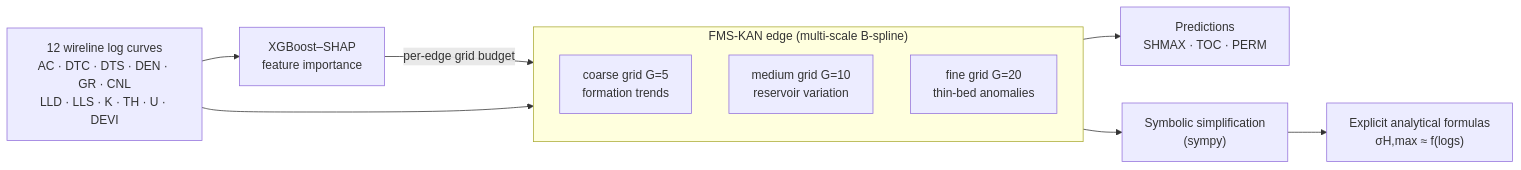
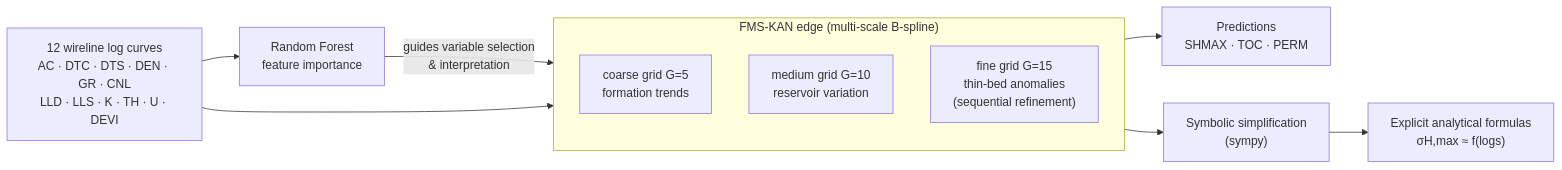
One commit to YonganZhang/FMS-KAN-well-logging changed the diagram in README.md. Above: the diagram before and after it, drawn with Mermaid. The commit also changed other lines of this file and 3 other files, not shown here.

````diff
--- a/README.md
+++ b/README.md
@@ -18,17 +18,17 @@
 ```mermaid
 flowchart LR
-    A["12 wireline log curves<br/>AC · DTC · DTS · DEN · GR · CNL<br/>LLD · LLS · K · TH · U · DEVI"] --> B["XGBoost–SHAP<br/>feature importance"]
-    B -->|"per-edge grid budget"| C
+    A["12 wireline log curves<br/>AC · DTC · DTS · DEN · GR · CNL<br/>LLD · LLS · K · TH · U · DEVI"] --> B["Random Forest<br/>feature importance"]
+    B -->|"guides variable selection<br/>& interpretation"| C
     A --> C
 
     subgraph C ["FMS-KAN edge (multi-scale B-spline)"]
         direction TB
         C1["coarse grid G=5<br/>formation trends"]
         C2["medium grid G=10<br/>reservoir variation"]
-        C3["fine grid G=20<br/>thin-bed anomalies"]
+        C3["fine grid G=15<br/>thin-bed anomalies<br/>(sequential refinement)"]
     end
 
     C --> D["Predictions<br/>SHMAX · TOC · PERM"]
     C --> E["Symbolic simplification<br/>(sympy)"]
     E --> F["Explicit analytical formulas<br/>σH,max ≈ f(logs)"]
 ```
````
